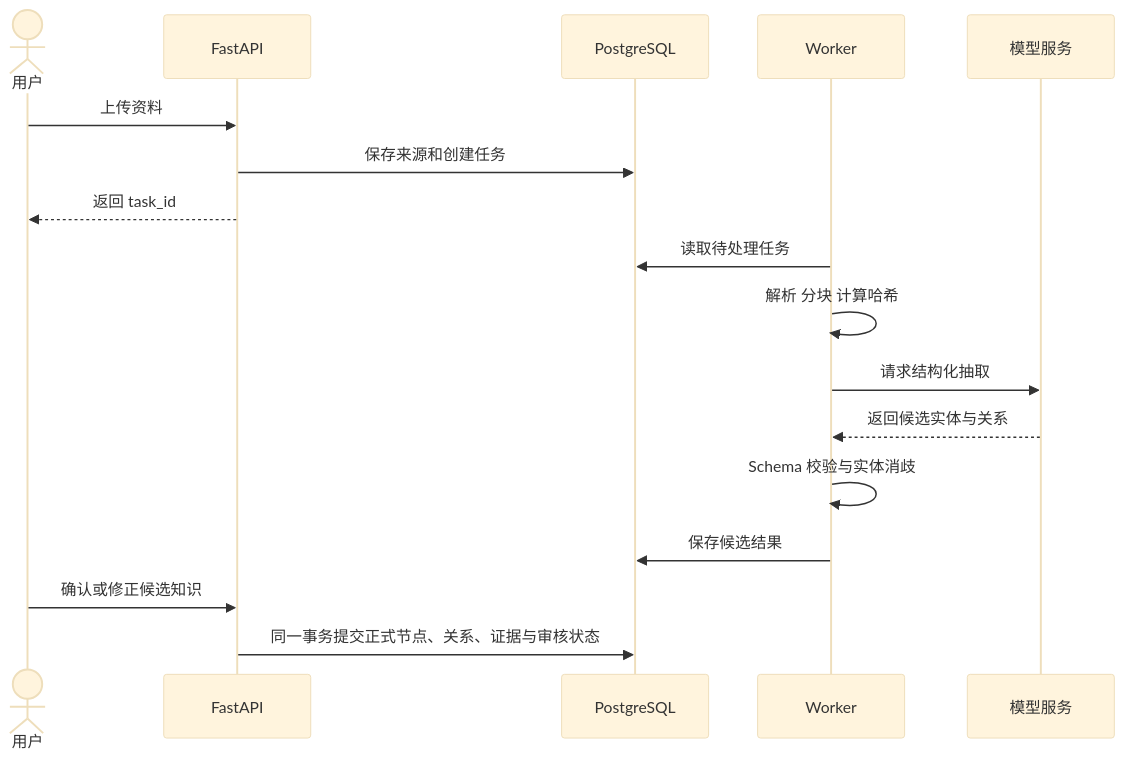
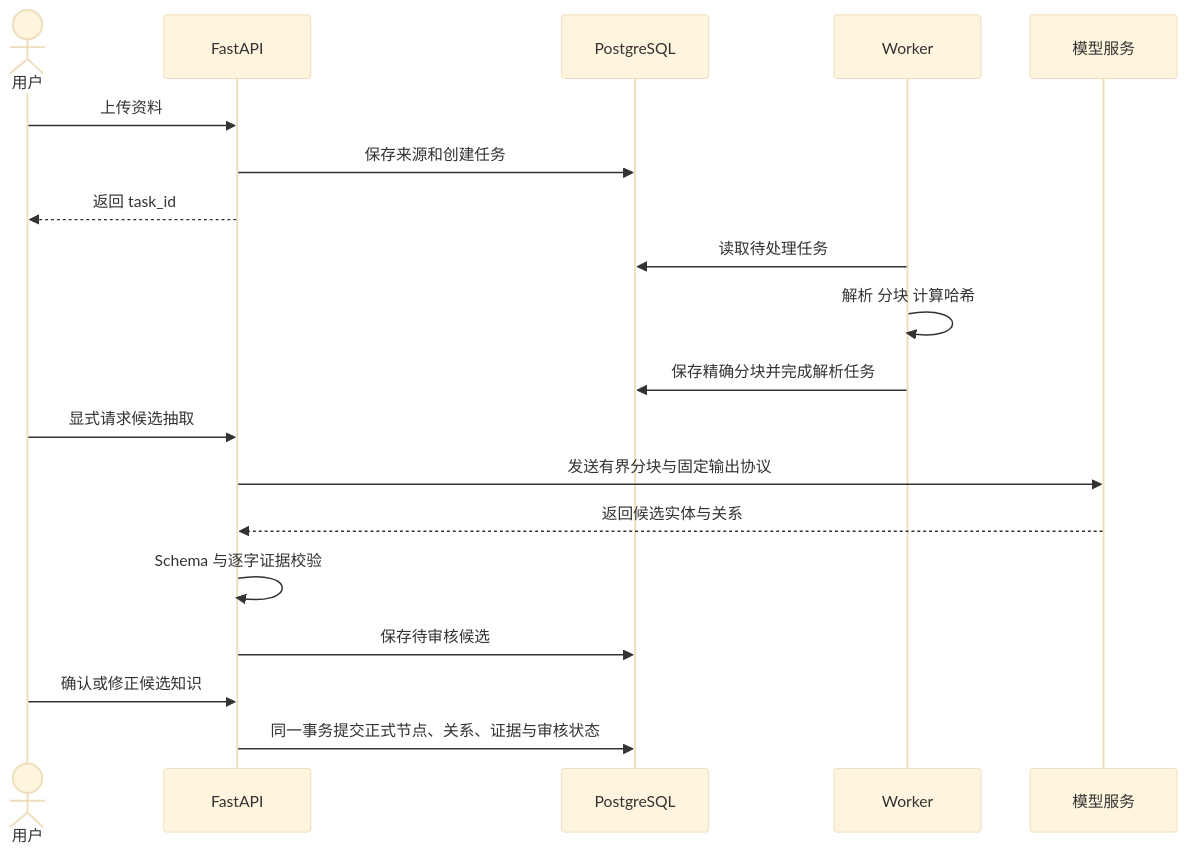
Before and after one commit to YAX-J/knowledge-atlas: the second of 2 diagrams in docs/ARCHITECTURE.md, drawn with Mermaid (base theme). The commit also changed other lines of this file and 34 other files, not shown here.

````diff
--- a/docs/ARCHITECTURE.md
+++ b/docs/ARCHITECTURE.md
@@ -162,20 +160,22 @@
 ```mermaid
 sequenceDiagram
     actor User as 用户
     participant API as FastAPI
     participant DB as PostgreSQL
     participant Worker as Worker
     participant LLM as 模型服务
 
     User->>API: 上传资料
     API->>DB: 保存来源和创建任务
     API-->>User: 返回 task_id
     Worker->>DB: 读取待处理任务
     Worker->>Worker: 解析 分块 计算哈希
-    Worker->>LLM: 请求结构化抽取
-    LLM-->>Worker: 返回候选实体与关系
-    Worker->>Worker: Schema 校验与实体消歧
-    Worker->>DB: 保存候选结果
+    Worker->>DB: 保存精确分块并完成解析任务
+    User->>API: 显式请求候选抽取
+    API->>LLM: 发送有界分块与固定输出协议
+    LLM-->>API: 返回候选实体与关系
+    API->>API: Schema 与逐字证据校验
+    API->>DB: 保存待审核候选
     User->>API: 确认或修正候选知识
     API->>DB: 同一事务提交正式节点、关系、证据与审核状态
 ```
````
